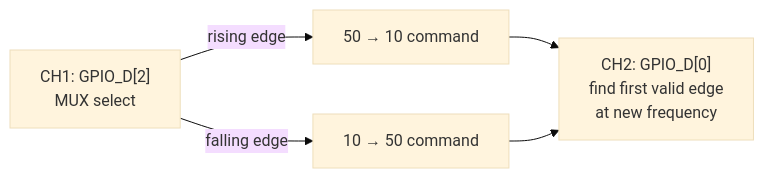
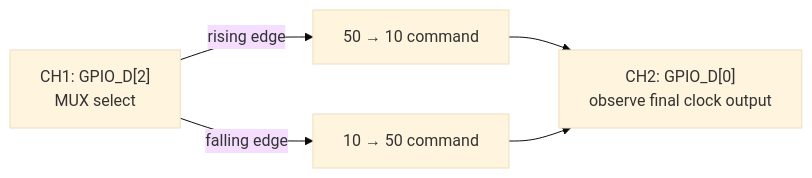
The fifth of 6 diagrams in README.md (Jiayhocoding/iopll_niosv_50_10_mux_gating), drawn with Mermaid (base theme) before and after one commit. The commit also changed other lines of this file, not shown here.

````diff
--- a/README.md
+++ b/README.md
@@ -226,7 +231,7 @@
 ```mermaid
 flowchart LR
     TRIG["CH1: GPIO_D[2]<br/>MUX select"] -->|"rising edge"| FWD["50 → 10 command"]
     TRIG -->|"falling edge"| REV["10 → 50 command"]
-    FWD --> OBS["CH2: GPIO_D[0]<br/>find first valid edge<br/>at new frequency"]
+    FWD --> OBS["CH2: GPIO_D[0]<br/>observe final clock output"]
     REV --> OBS
 ```
````
